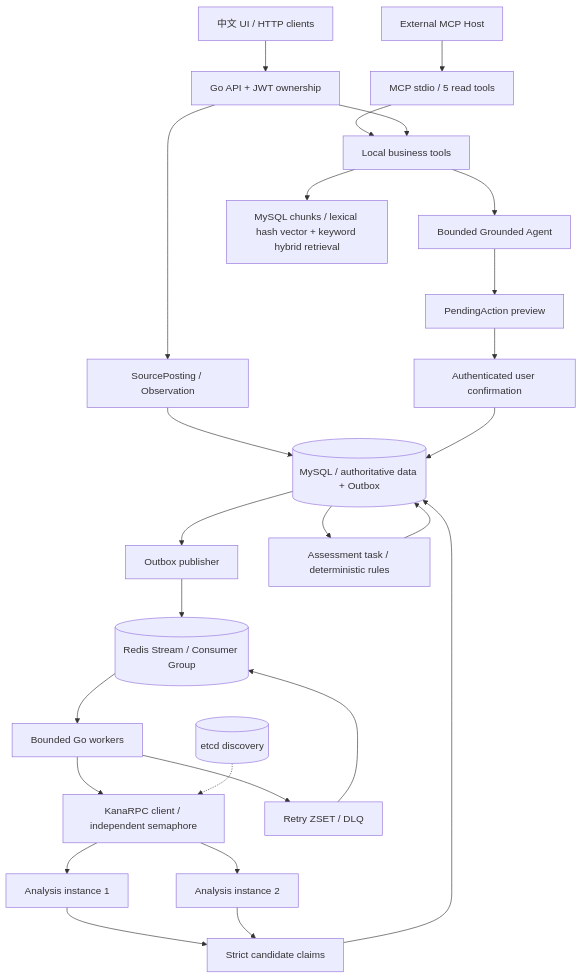
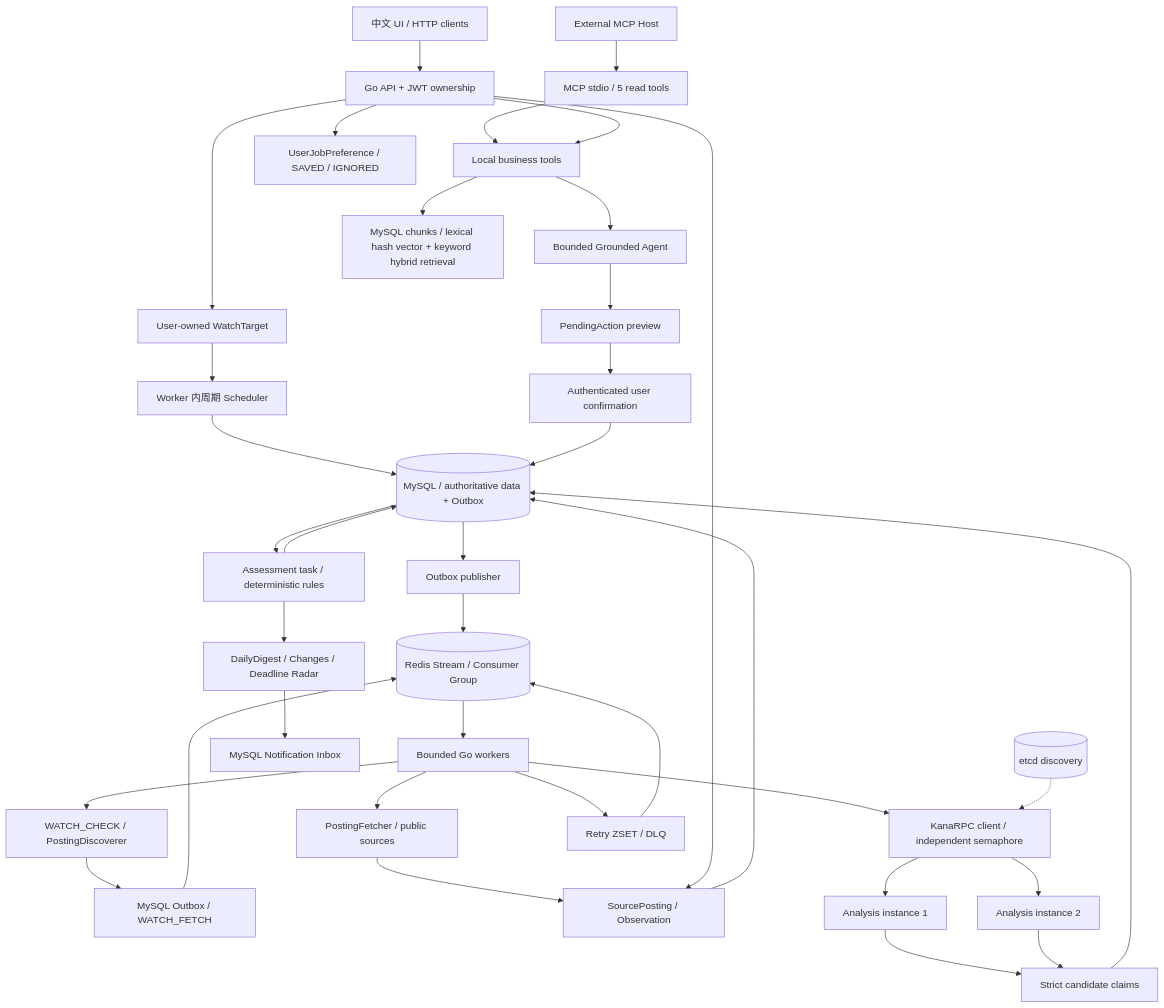
The diagram in README.md (KanaDoodle/CampusTrace), drawn with Mermaid before and after one commit. The commit also changed other lines of this file and 41 other files, not shown here.

Commit message:
feat: add Job Radar source monitoring and daily workflow

````diff
--- a/README.md
+++ b/README.md
@@ -51,28 +51,39 @@
 ```mermaid
 flowchart TD
   UI[中文 UI / HTTP clients] --> API[Go API + JWT ownership]
   Host[External MCP Host] --> MCP[MCP stdio / 5 read tools]
   MCP --> Tools[Local business tools]
   API --> Tools
-  API --> O[SourcePosting / Observation]
+  API --> Watch[User-owned WatchTarget]
+  Watch --> Scheduler[Worker 内周期 Scheduler]
+  Scheduler --> DB
+  Worker --> Discover[WATCH_CHECK / PostingDiscoverer]
+  Discover --> Fanout[MySQL Outbox / WATCH_FETCH]
+  Fanout --> Stream
+  Worker --> Fetch[PostingFetcher / public sources]
+  Fetch --> O[SourcePosting / Observation]
+  API --> O
+  Rules --> Radar[DailyDigest / Changes / Deadline Radar]
+  Radar --> Inbox[MySQL Notification Inbox]
+  API --> Preference[UserJobPreference / SAVED / IGNORED]
   O --> DB[(MySQL / authoritative data + Outbox)]
   DB --> Publisher[Outbox publisher]
   Publisher --> Stream[(Redis Stream / Consumer Group)]
   Stream --> Worker[Bounded Go workers]
   Worker --> RPC[KanaRPC client / independent semaphore]
   Etcd[(etcd discovery)] -.-> RPC
   RPC --> A1[Analysis instance 1]
   RPC --> A2[Analysis instance 2]
   A1 --> Claims[Strict candidate claims]
   A2 --> Claims
   Claims --> DB
   DB --> Rules[Assessment task / deterministic rules]
   Rules --> DB
   Worker --> Retry[Retry ZSET / DLQ]
   Retry --> Stream
   Tools --> Agent[Bounded Grounded Agent]
   Agent --> Pending[PendingAction preview]
   Pending --> Confirm[Authenticated user confirmation]
   Confirm --> DB
   Tools --> RAG[MySQL chunks / lexical hash vector + keyword hybrid retrieval]
 ```
````
